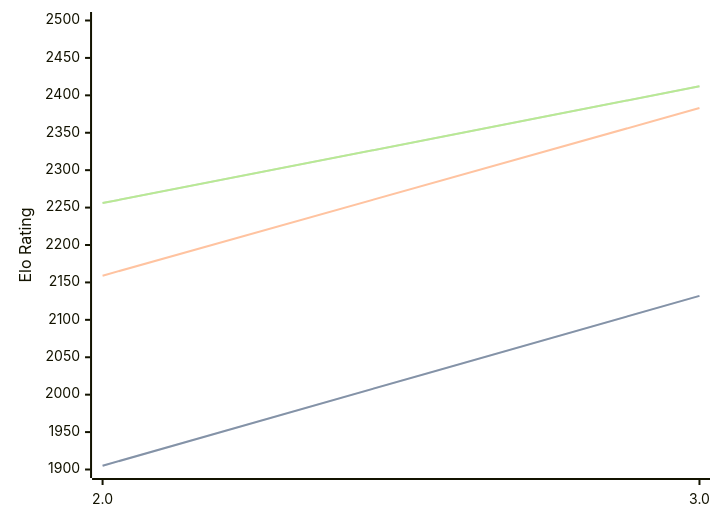
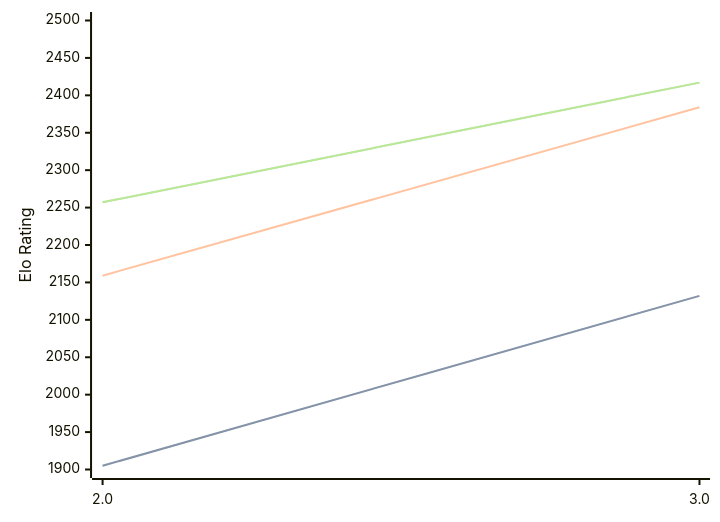
Before and after one commit to computer-chess-index/cci: the diagram in engines/Zeno.md, drawn with Mermaid. The commit also changed other lines of this file, not shown here.

Commit message:
Update CCI Ratings (ELO VLTC) - 2026-10-02

````diff
--- a/engines/Zeno.md
+++ b/engines/Zeno.md
@@ -32,11 +32,11 @@
 ```mermaid
 %%{init: {"theme":"base","themeVariables":{"seriesColors:['#a3a3a3','#222221','#faa371']}}}%%
 xychart-beta
   x-axis ["2.0", "3.0"]
   y-axis "Elo Rating" 1900 --> 2500
   line "" [1905, 2132]
   line "STC (8.0+0.08s)" [1905, 2132]
-  line "LTC (60.0+0.60s)" [2159, 2383]
-  line "" [2256, 2412]
-  line "VLTC (2m24s+1.12s)" [2256, 2412]
+  line "LTC (60.0+0.60s)" [2159, 2384]
+  line "" [2257, 2417]
+  line "VLTC (2m24s+1.12s)" [2257, 2417]
 ```
````
